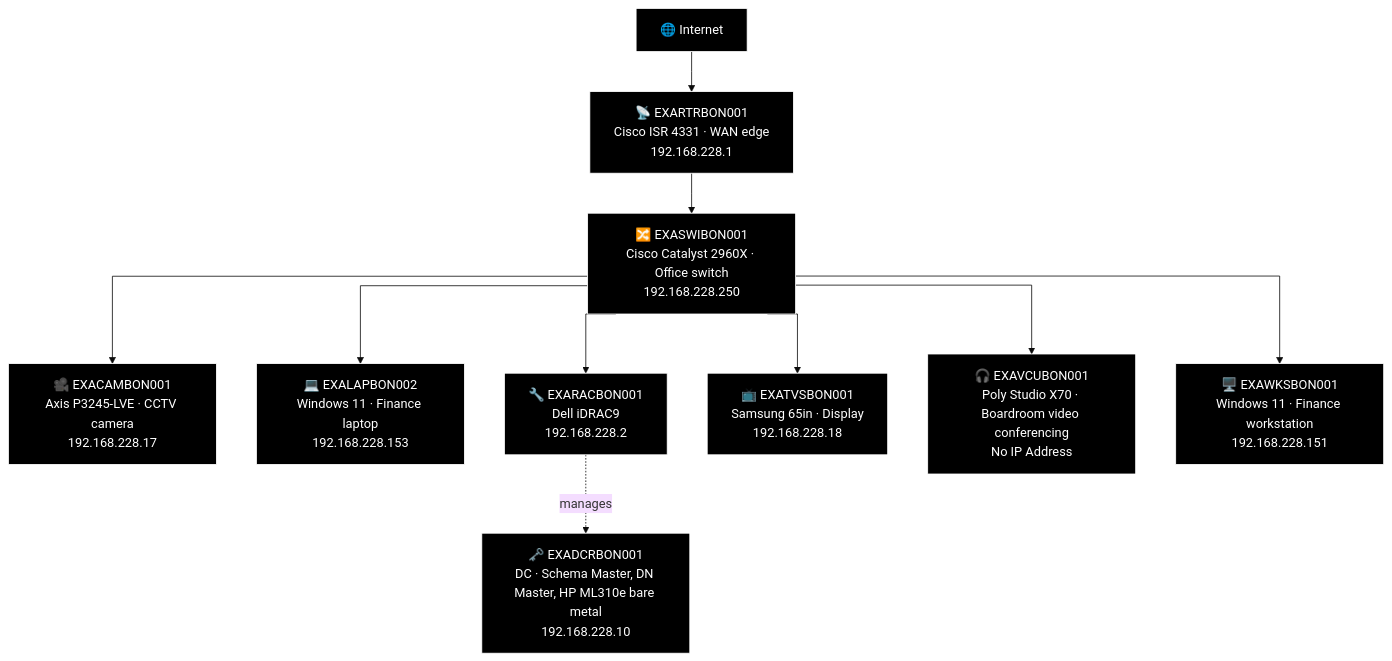
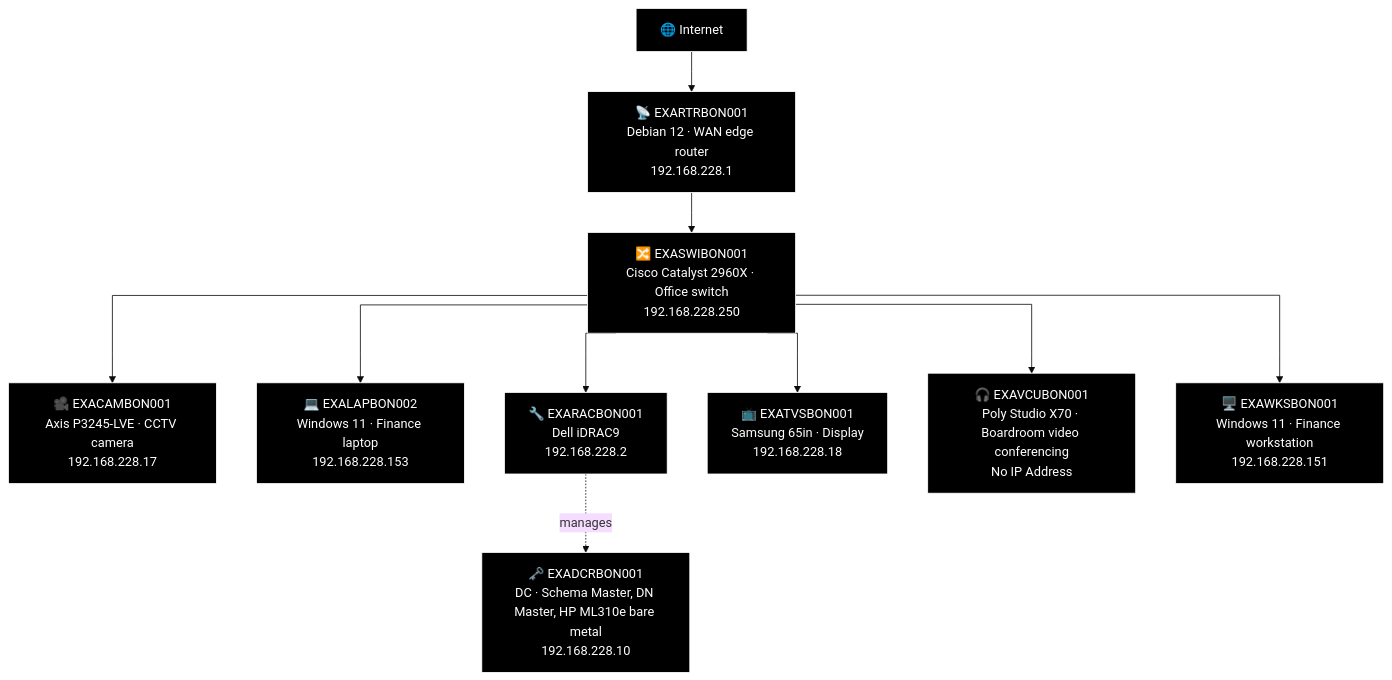
One commit to knightmare2600/example_music_infra changed the first of 13 diagrams in docs/network-diagram/deutschland.md. Above: the diagram before and after it, drawn with Mermaid (base theme). The commit also changed other lines of this file and 9 other files, not shown here.

````diff
--- a/docs/network-diagram/deutschland.md
+++ b/docs/network-diagram/deutschland.md
@@ -27,36 +27,36 @@
 ```mermaid
 %% GENERATED:OLDNETWORK:BON:START
 %%{init: {'flowchart': {'curve': 'stepAfter'}}}%%
 graph TD
     O_INET["🌐 Internet"]
-    O_RTR["📡 EXARTRBON001<br/>Cisco ISR 4331 · WAN edge<br/>192.168.228.1"]
+    O_RTR["📡 EXARTRBON001<br/>Debian 12 · WAN edge router<br/>192.168.228.1"]
     O_SWI["🔀 EXASWIBON001<br/>Cisco Catalyst 2960X · Office switch<br/>192.168.228.250"]
     O_CAM["🎥 EXACAMBON001<br/>Axis P3245-LVE · CCTV camera<br/>192.168.228.17"]
     O_DCR["🗝️ EXADCRBON001<br/>DC · Schema Master, DN Master, HP ML310e bare metal<br/>192.168.228.10"]
     O_LAP["💻 EXALAPBON002<br/>Windows 11 · Finance laptop<br/>192.168.228.153"]
     O_RAC["🔧 EXARACBON001<br/>Dell iDRAC9<br/>192.168.228.2"]
     O_TVS["📺 EXATVSBON001<br/>Samsung 65in · Display<br/>192.168.228.18"]
     O_VCU["🎧 EXAVCUBON001<br/>Poly Studio X70 · Boardroom video conferencing<br/>No IP Address"]
     O_WKS["🖥️ EXAWKSBON001<br/>Windows 11 · Finance workstation<br/>192.168.228.151"]
     O_INET --> O_RTR
     O_RTR --> O_SWI
     O_SWI --> O_CAM
     O_SWI --> O_LAP
     O_SWI --> O_RAC
     O_RAC -.->|"manages"| O_DCR
     O_SWI --> O_TVS
     O_SWI --> O_VCU
     O_SWI --> O_WKS
 
     style O_INET fill:#000000,stroke:#FFFFFF,color:#FFFFFF
     style O_RTR fill:#000000,stroke:#FFFFFF,color:#FFFFFF
     style O_SWI fill:#000000,stroke:#FFFFFF,color:#FFFFFF
     style O_CAM fill:#000000,stroke:#FFFFFF,color:#FFFFFF
     style O_DCR fill:#000000,stroke:#FFFFFF,color:#FFFFFF
     style O_LAP fill:#000000,stroke:#FFFFFF,color:#FFFFFF
     style O_RAC fill:#000000,stroke:#FFFFFF,color:#FFFFFF
     style O_TVS fill:#000000,stroke:#FFFFFF,color:#FFFFFF
     style O_VCU fill:#000000,stroke:#FFFFFF,color:#FFFFFF
     style O_WKS fill:#000000,stroke:#FFFFFF,color:#FFFFFF
 %% GENERATED:OLDNETWORK:BON:END
 ```
````
